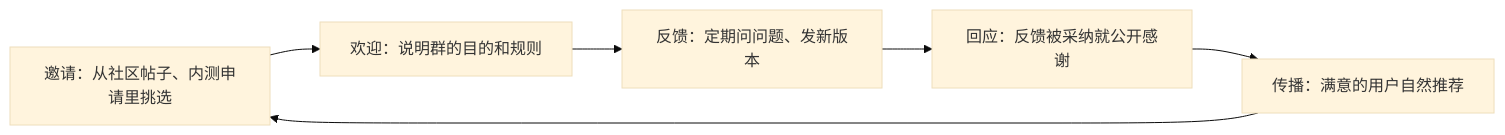
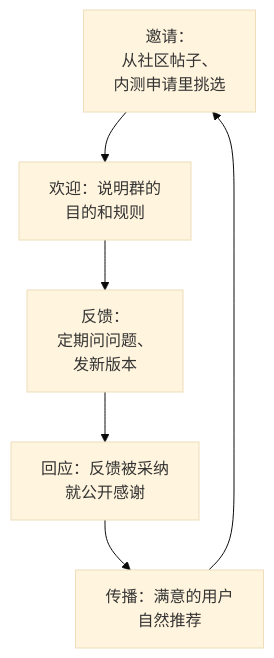
One commit to jarvis-pro/hatch-shelf changed the diagram in books/growth-marketing/04-community.md. Above: the diagram before and after it, drawn with Mermaid (base theme). The commit also changed 432 other files, not shown here.

````diff
--- a/books/growth-marketing/04-community.md
+++ b/books/growth-marketing/04-community.md
@@ -129,8 +129,8 @@
 ```mermaid
-flowchart LR
-  I["邀请：从社区帖子、内测申请里挑选"] --> W["欢迎：说明群的目的和规则"]
-  W --> F["反馈：定期问问题、发新版本"]
-  F --> R["回应：反馈被采纳就公开感谢"]
-  R --> A["传播：满意的用户自然推荐"]
+flowchart TD
+  I["邀请：<br/>从社区帖子、<br/>内测申请里挑选"] --> W["欢迎：说明群的<br/>目的和规则"]
+  W --> F["反馈：<br/>定期问问题、<br/>发新版本"]
+  F --> R["回应：反馈被采纳<br/>就公开感谢"]
+  R --> A["传播：满意的用户<br/>自然推荐"]
   A --> I
 ```
````
